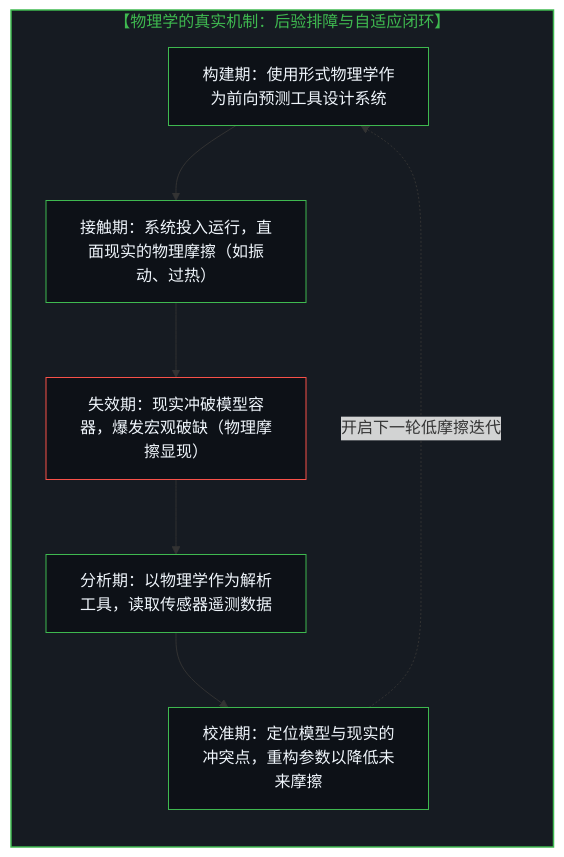
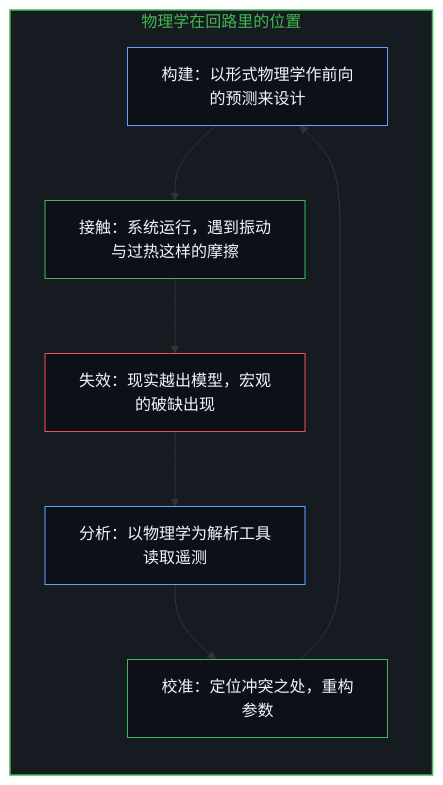
Before and after one commit to powerpig99/not-a-toe: the fifth of 10 diagrams in content/posts/the-sleight-of-hand-in-physics-is-the-law-and-the-friction-of-reality.md, drawn with Mermaid. The commit also changed other lines of this file and 2 other files, not shown here.

Commit message:
Refine the-sleight-of-hand-in-physics-is-the-law: alternating bilingual layout, five paired diagrams, the boundary of observation, implicit first person

````diff
--- a/content/posts/the-sleight-of-hand-in-physics-is-the-law-and-the-friction-of-reality.md
+++ b/content/posts/the-sleight-of-hand-in-physics-is-the-law-and-the-friction-of-reality.md
@@ -154,20 +137,23 @@
 ```mermaid
-graph TD
-    subgraph S_PhysicsAsTool["【物理学的真实机制：后验排障与自适应闭环】"]
+flowchart TD
+    subgraph S_Debug["物理学在回路里的位置"]
         direction TB
-        P1["构建期：使用形式物理学作为前向预测工具设计系统"]
-        P2["接触期：系统投入运行，直面现实的物理摩擦（如振动、过热）"]
-        P3["失效期：现实冲破模型容器，爆发宏观破缺（物理摩擦显现）"]
-        P4["分析期：以物理学作为解析工具，读取传感器遥测数据"]
-        P5["校准期：定位模型与现实的冲突点，重构参数以降低未来摩擦"]
-        P1 --> P2 --> P3 --> P4 --> P5
-        P5 -.->|"开启下一轮低摩擦迭代"| P1
+        Build["构建：以形式物理学作前向的预测来设计"]
+        Contact["接触：系统运行，遇到振动与过热这样的摩擦"]
+        Break["失效：现实越出模型，宏观的破缺出现"]
+        Read["分析：以物理学为解析工具读取遥测"]
+        Tune["校准：定位冲突之处，重构参数"]
+        Build --> Contact
+        Contact --> Break
+        Break --> Read
+        Read --> Tune
+        Tune --> Build
     end
 
-    style S_PhysicsAsTool fill:#161b22,stroke:#3fb950,stroke-width:1.5px,color:#3fb950
-    style P1 fill:#0d1117,stroke:#3fb950,stroke-width:1px,color:#f0f6fc
-    style P2 fill:#0d1117,stroke:#3fb950,stroke-width:1px,color:#f0f6fc
-    style P3 fill:#0d1117,stroke:#f85149,stroke-width:1px,color:#f0f6fc
-    style P4 fill:#0d1117,stroke:#3fb950,stroke-width:1px,color:#f0f6fc
-    style P5 fill:#0d1117,stroke:#3fb950,stroke-width:1px,color:#f0f6fc
+    style S_Debug fill:#161b22,stroke:#3fb950,stroke-width:1.5px,color:#3fb950
+    style Build fill:#0d1117,stroke:#58a6ff,stroke-width:1px,color:#f0f6fc
+    style Contact fill:#0d1117,stroke:#3fb950,stroke-width:1px,color:#f0f6fc
+    style Break fill:#0d1117,stroke:#f85149,stroke-width:1px,color:#f0f6fc
+    style Read fill:#0d1117,stroke:#58a6ff,stroke-width:1px,color:#f0f6fc
+    style Tune fill:#0d1117,stroke:#3fb950,stroke-width:1px,color:#f0f6fc
 ```
````
